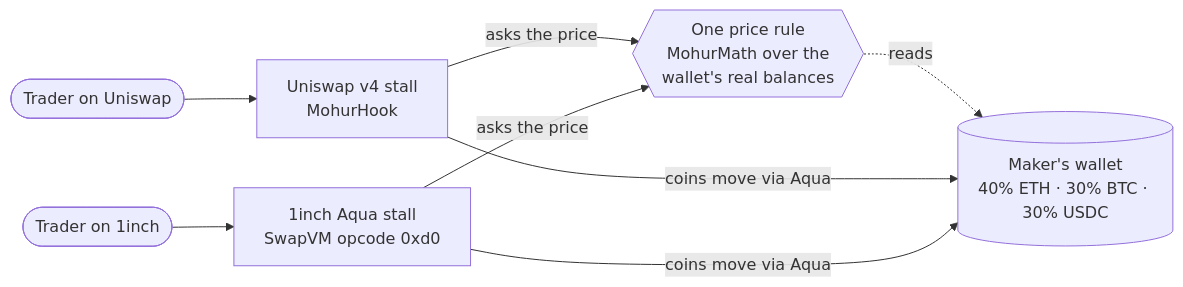
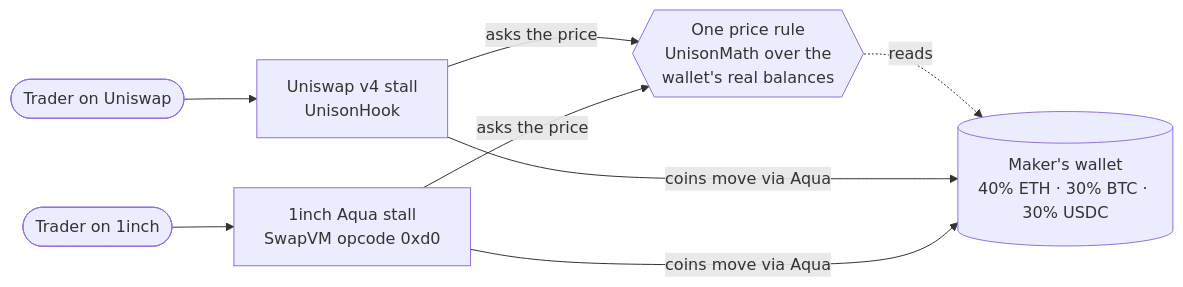
One commit to Abhist17/mohur changed the first of 7 diagrams in docs/explained.md. Above: the diagram before and after it, drawn with Mermaid. The commit also changed other lines of this file and 110 other files, not shown here.

````diff
--- a/docs/explained.md
+++ b/docs/explained.md
@@ -40,10 +40,10 @@
 ```mermaid
 flowchart LR
-    T1([Trader on Uniswap]) --> U[Uniswap v4 stall<br/>MohurHook]
+    T1([Trader on Uniswap]) --> U[Uniswap v4 stall<br/>UnisonHook]
     T2([Trader on 1inch]) --> A[1inch Aqua stall<br/>SwapVM opcode 0xd0]
-    U -- "asks the price" --> P{{One price rule<br/>MohurMath over the<br/>wallet's real balances}}
+    U -- "asks the price" --> P{{One price rule<br/>UnisonMath over the<br/>wallet's real balances}}
     A -- "asks the price" --> P
     P -. reads .-> W[(Maker's wallet<br/>40% ETH · 30% BTC · 30% USDC)]
     U -- "coins move via Aqua" --> W
     A -- "coins move via Aqua" --> W
 ```
````
